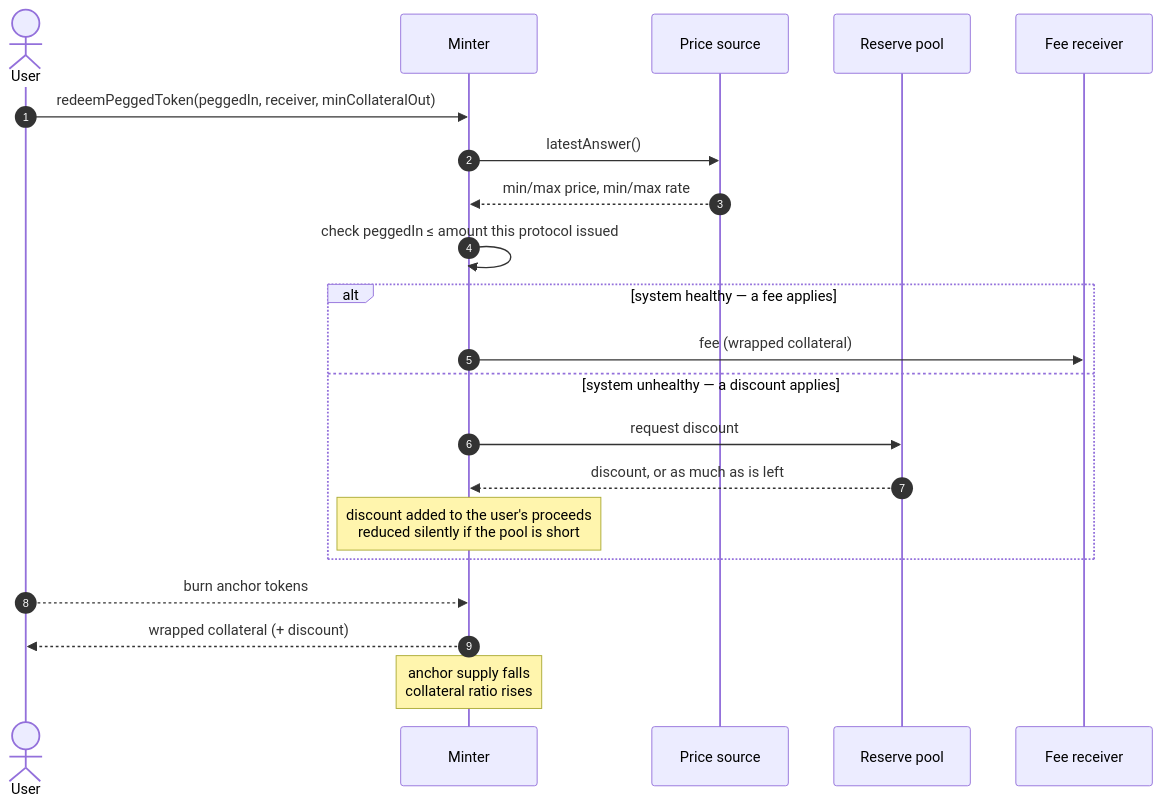
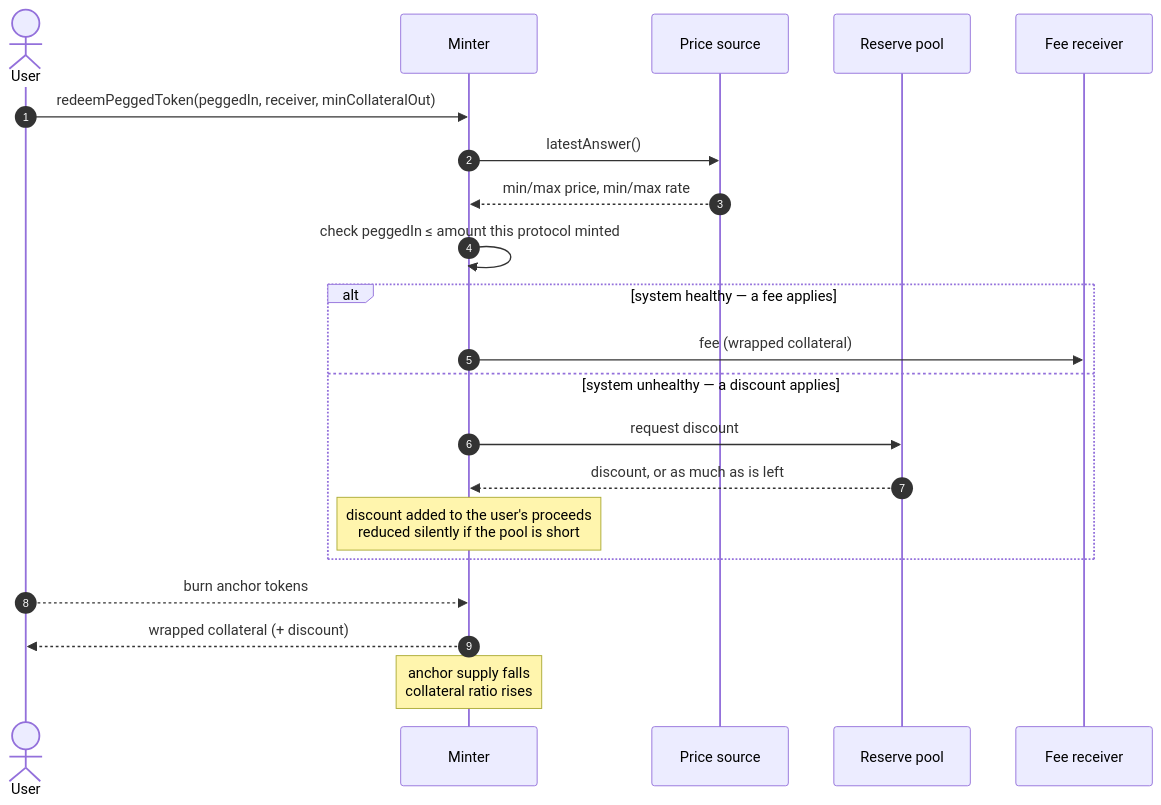
Before and after one commit to baofinance/harbor: the fifth of 16 diagrams in doc/functional-spec.md, drawn with Mermaid. The commit also changed other lines of this file and 14 other files, not shown here.

````diff
--- a/doc/functional-spec.md
+++ b/doc/functional-spec.md
@@ -1061,26 +1079,26 @@
 ```mermaid
 sequenceDiagram
     autonumber
     actor U as User
     participant M as Minter
     participant O as Price source
     participant R as Reserve pool
     participant F as Fee receiver
 
     U->>M: redeemPeggedToken(peggedIn, receiver, minCollateralOut)
     M->>O: latestAnswer()
     O-->>M: min/max price, min/max rate
-    M->>M: check peggedIn ≤ amount this protocol issued
+    M->>M: check peggedIn ≤ amount this protocol minted
 
     alt system healthy — a fee applies
         M->>F: fee (wrapped collateral)
     else system unhealthy — a discount applies
         M->>R: request discount
         R-->>M: discount, or as much as is left
         note over M: discount added to the user's proceeds<br/>reduced silently if the pool is short
     end
 
     U-->>M: burn anchor tokens
     M-->>U: wrapped collateral (+ discount)
     note over M: anchor supply falls<br/>collateral ratio rises
 ```
````
